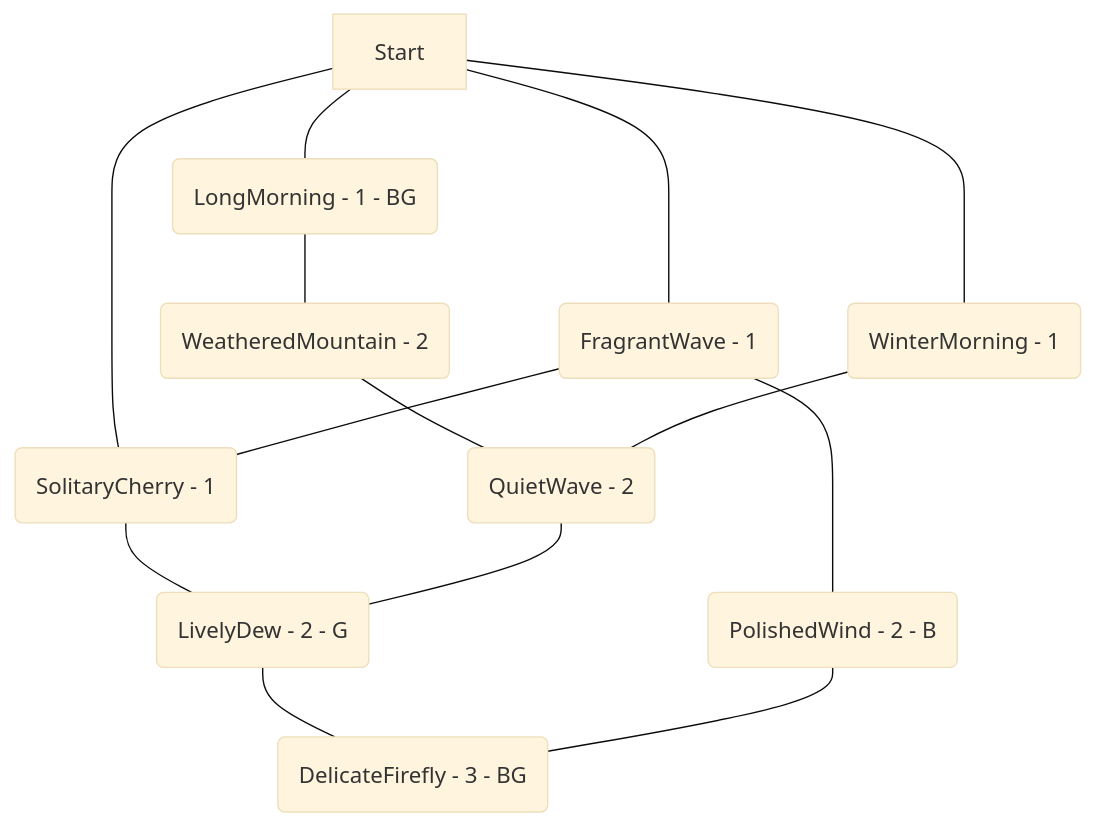
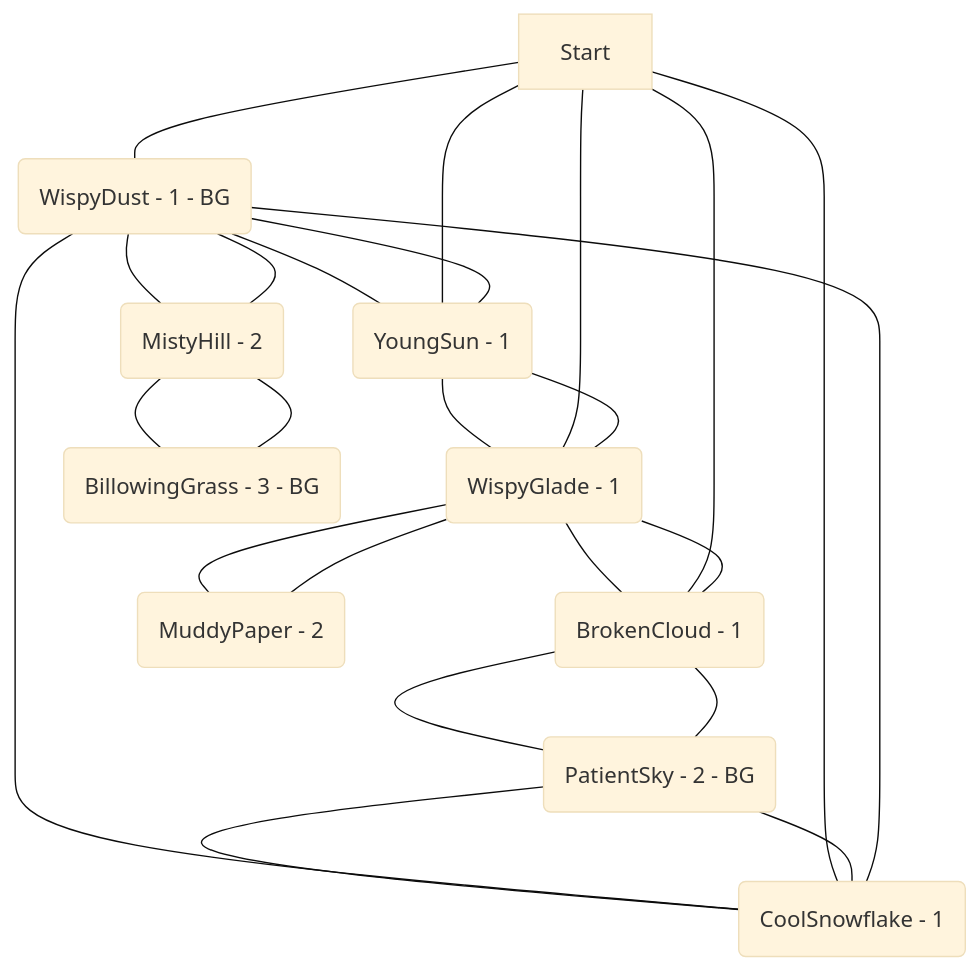
The diagram in examples/005.md (kinostl/Automatic-Liberation-Map), drawn with Mermaid (base theme) before and after one commit. The commit also changed other lines of this file and 10 other files, not shown here.

````diff
--- a/examples/005.md
+++ b/examples/005.md
@@ -4,16 +4,26 @@
 ```mermaid  
 flowchart TD  
-	ONByLdhr(LongMorning - 1 - BG) --- OxSbGVlP(WeatheredMountain - 2)  
-	Start --- ViJrTRwb(SolitaryCherry - 1)  
-	Start --- apQGYVPx(WinterMorning - 1)  
-	ViJrTRwb(SolitaryCherry - 1) --- JlbfpjeS(LivelyDew - 2 - G)  
-	OxSbGVlP(WeatheredMountain - 2) --- mTfyEkUd(QuietWave - 2)  
-	LtZlgUId(FragrantWave - 1) --- LchUnayE(PolishedWind - 2 - B)  
-	JlbfpjeS(LivelyDew - 2 - G) --- dPIecVDw(DelicateFirefly - 3 - BG)  
-	Start --- LtZlgUId(FragrantWave - 1)  
-	Start --- ONByLdhr(LongMorning - 1 - BG)  
-	LchUnayE(PolishedWind - 2 - B) --- dPIecVDw(DelicateFirefly - 3 - BG)  
-	LtZlgUId(FragrantWave - 1) --- ViJrTRwb(SolitaryCherry - 1)  
-	apQGYVPx(WinterMorning - 1) --- mTfyEkUd(QuietWave - 2)  
-	mTfyEkUd(QuietWave - 2) --- JlbfpjeS(LivelyDew - 2 - G)  
+	ejLCMfNI(WispyDust - 1 - BG) --- qZpWEYzI(MistyHill - 2)  
+	yYSNVEsi(YoungSun - 1) --- ejLCMfNI(WispyDust - 1 - BG)  
+	lafugJCV(PatientSky - 2 - BG) --- gGkqixXP(BrokenCloud - 1)  
+	gGkqixXP(BrokenCloud - 1) --- ibCTxFeJ(WispyGlade - 1)  
+	KHyvbLDg(BillowingGrass - 3 - BG) --- qZpWEYzI(MistyHill - 2)  
+	gGkqixXP(BrokenCloud - 1) --- lafugJCV(PatientSky - 2 - BG)  
+	ceStgMoV(CoolSnowflake - 1) --- lafugJCV(PatientSky - 2 - BG)  
+	ceStgMoV(CoolSnowflake - 1) --- ejLCMfNI(WispyDust - 1 - BG)  
+	lafugJCV(PatientSky - 2 - BG) --- ceStgMoV(CoolSnowflake - 1)  
+	ejLCMfNI(WispyDust - 1 - BG) --- yYSNVEsi(YoungSun - 1)  
+	ibCTxFeJ(WispyGlade - 1) --- yYSNVEsi(YoungSun - 1)  
+	ibCTxFeJ(WispyGlade - 1) --- RzpGiBTU(MuddyPaper - 2)  
+	RzpGiBTU(MuddyPaper - 2) --- ibCTxFeJ(WispyGlade - 1)  
+	Start --- yYSNVEsi(YoungSun - 1)  
+	qZpWEYzI(MistyHill - 2) --- ejLCMfNI(WispyDust - 1 - BG)  
+	yYSNVEsi(YoungSun - 1) --- ibCTxFeJ(WispyGlade - 1)  
+	Start --- ibCTxFeJ(WispyGlade - 1)  
+	ibCTxFeJ(WispyGlade - 1) --- gGkqixXP(BrokenCloud - 1)  
+	Start --- gGkqixXP(BrokenCloud - 1)  
+	qZpWEYzI(MistyHill - 2) --- KHyvbLDg(BillowingGrass - 3 - BG)  
+	ejLCMfNI(WispyDust - 1 - BG) --- ceStgMoV(CoolSnowflake - 1)  
+	Start --- ceStgMoV(CoolSnowflake - 1)  
+	Start --- ejLCMfNI(WispyDust - 1 - BG)  
 ```  
````
